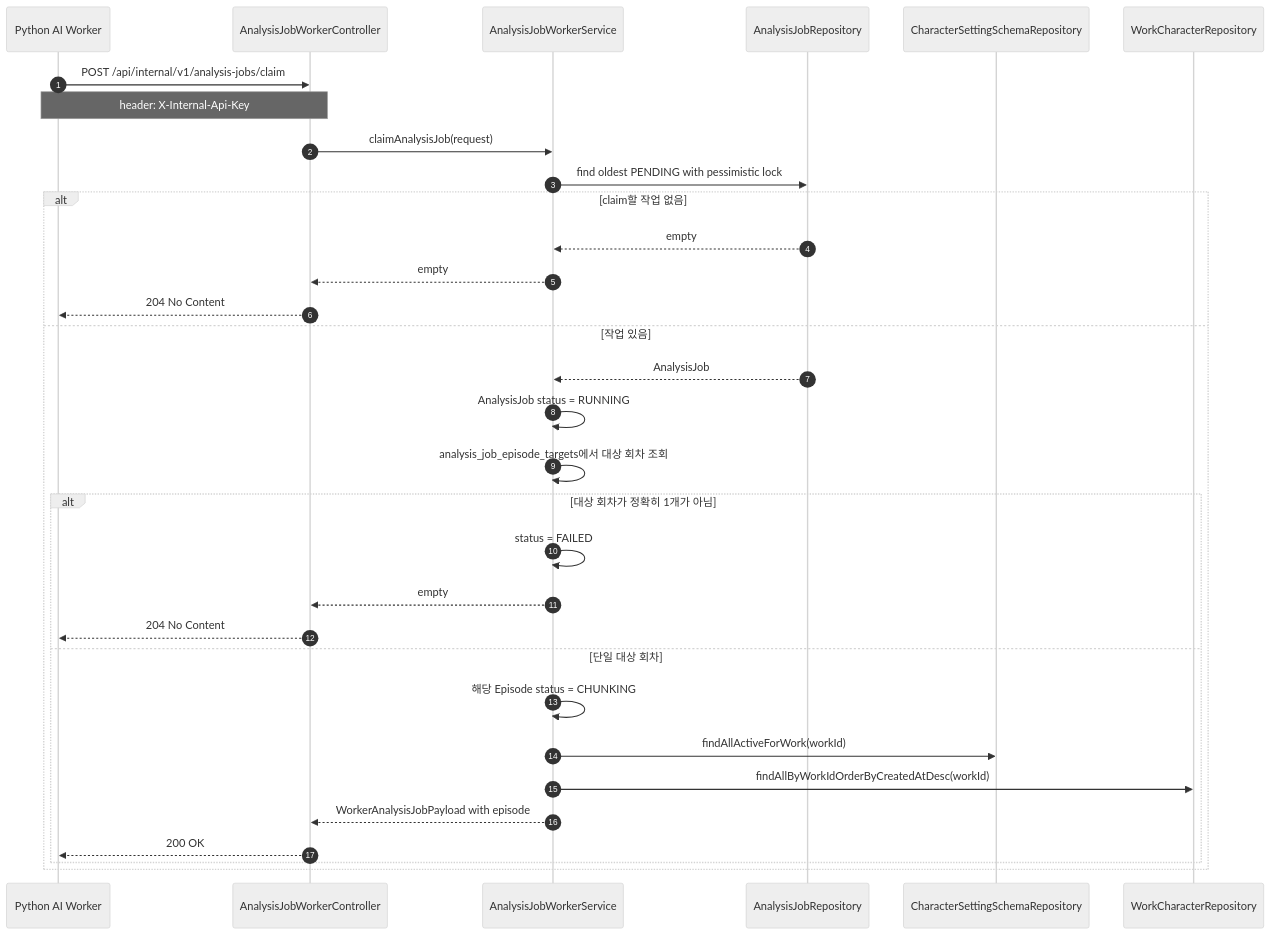
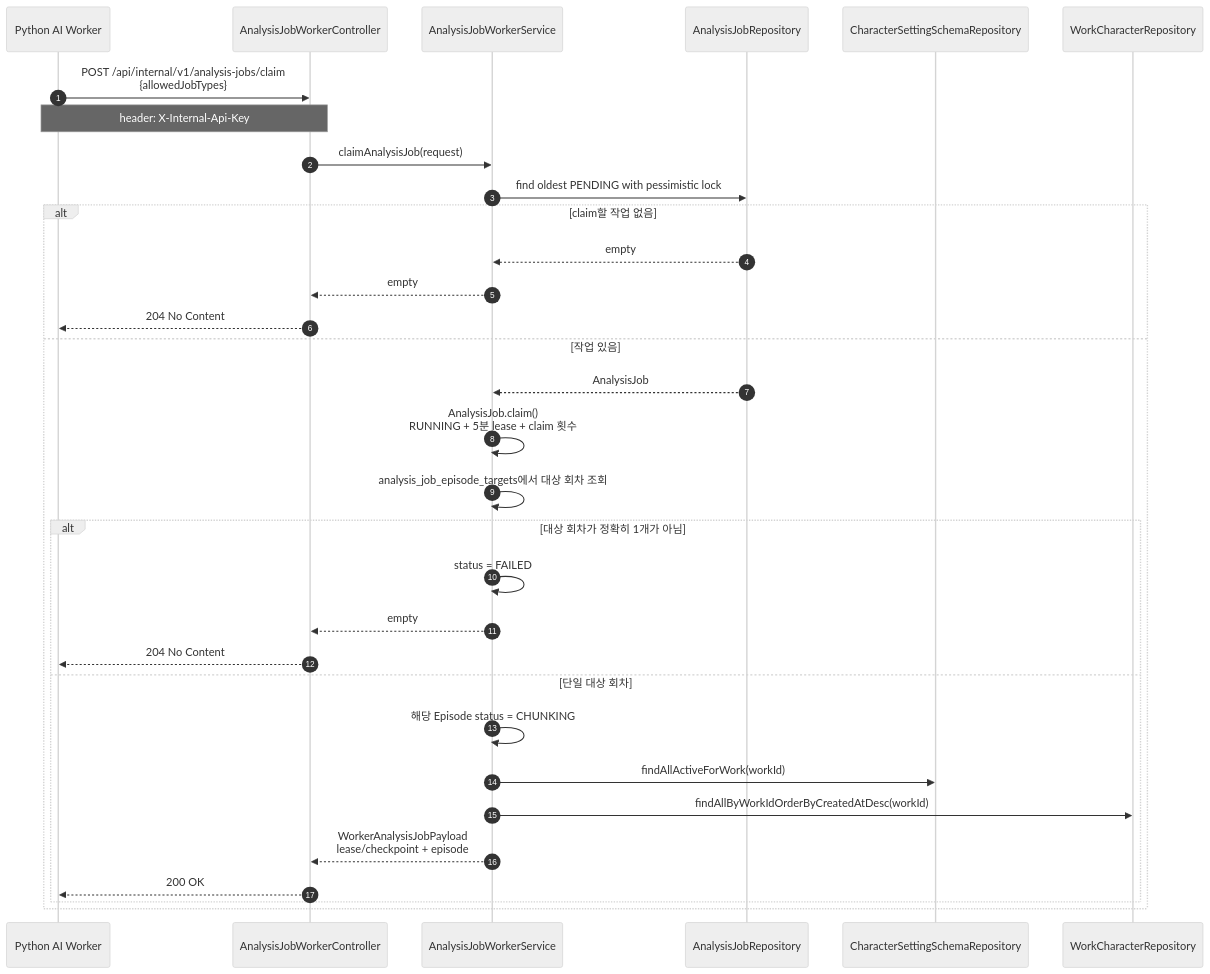
The ninth of 11 diagrams in docs/analysis-workflow.md (catchhole-soma/catchhole-backend-java), drawn with Mermaid (neutral theme) before and after one commit. The commit also changed other lines of this file and 4 other files, not shown here.

````diff
--- a/docs/analysis-workflow.md
+++ b/docs/analysis-workflow.md
@@ -298,35 +306,35 @@
 ```mermaid
 sequenceDiagram
     autonumber
     participant Worker as Python AI Worker
     participant Controller as AnalysisJobWorkerController
     participant Service as AnalysisJobWorkerService
     participant JobRepo as AnalysisJobRepository
     participant SchemaRepo as CharacterSettingSchemaRepository
     participant CharacterRepo as WorkCharacterRepository
 
-    Worker->>Controller: POST /api/internal/v1/analysis-jobs/claim
+    Worker->>Controller: POST /api/internal/v1/analysis-jobs/claim<br/>{allowedJobTypes}
     Note over Worker,Controller: header: X-Internal-Api-Key
     Controller->>Service: claimAnalysisJob(request)
     Service->>JobRepo: find oldest PENDING with pessimistic lock
     alt claim할 작업 없음
         JobRepo-->>Service: empty
         Service-->>Controller: empty
         Controller-->>Worker: 204 No Content
     else 작업 있음
         JobRepo-->>Service: AnalysisJob
-        Service->>Service: AnalysisJob status = RUNNING
+        Service->>Service: AnalysisJob.claim()<br/>RUNNING + 5분 lease + claim 횟수
         Service->>Service: analysis_job_episode_targets에서 대상 회차 조회
         alt 대상 회차가 정확히 1개가 아님
             Service->>Service: status = FAILED
             Service-->>Controller: empty
             Controller-->>Worker: 204 No Content
         else 단일 대상 회차
             Service->>Service: 해당 Episode status = CHUNKING
             Service->>SchemaRepo: findAllActiveForWork(workId)
             Service->>CharacterRepo: findAllByWorkIdOrderByCreatedAtDesc(workId)
-            Service-->>Controller: WorkerAnalysisJobPayload with episode
+            Service-->>Controller: WorkerAnalysisJobPayload<br/>lease/checkpoint + episode
             Controller-->>Worker: 200 OK
         end
     end
 ```
````
